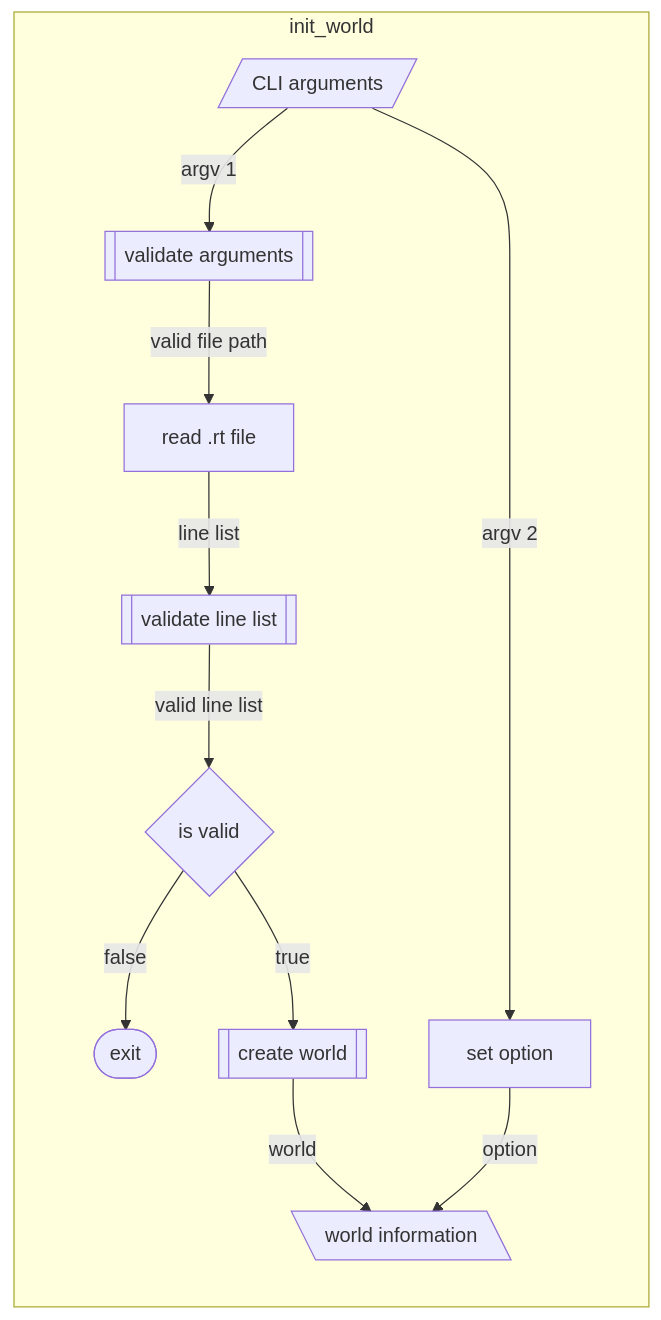
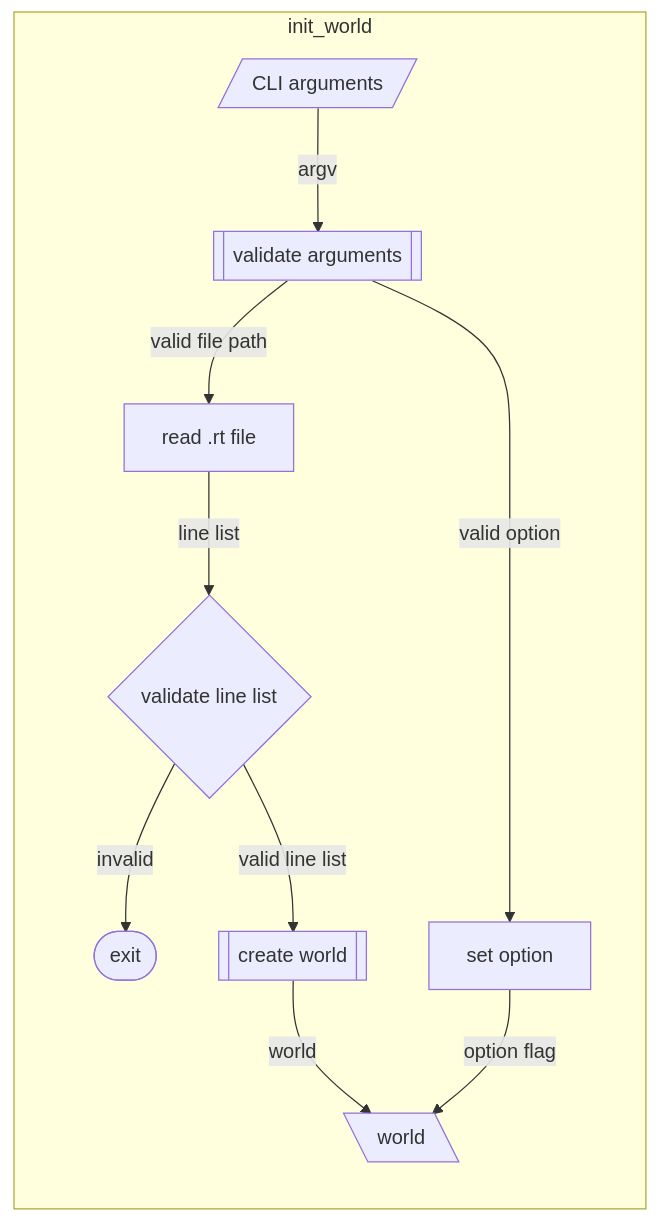
The second of 8 diagrams in docs/SequenceDiagrams.md (ikawamuk/weekends_c), drawn with Mermaid before and after one commit. The commit also changed other lines of this file and 1 other file, not shown here.

Commit message:
update: update flowchart

````diff
--- a/docs/SequenceDiagrams.md
+++ b/docs/SequenceDiagrams.md
@@ -17,15 +19,14 @@
 ```mermaid
 flowchart
 	subgraph	init_world
 		direction TB
-		input[/CLI arguments/]-->|argv 1|sw1
+		input[/CLI arguments/]-->|argv|sw1
 		sw1[[validate arguments]]-->|valid file path|sw2
-		sw2[read .rt file]-->|line list|sw3[[validate line list]]
-		sw3-->|valid line list|if1{is valid}
-		if1-->|false|e([exit])
-		if1-->|true|sw4[[create world]]
-		sw4-->|world|output[\world information\]
-		input-->|argv 2|sw5[set option]
-		sw5-->|option|output
+		sw2[read .rt file]-->|line list|if1{validate line list}
+		if1-->|invalid|e([exit])
+		if1-->|valid line list|sw4[[create world]]
+		sw4-->|world|output[\world\]
+		sw1-->|valid option|sw5[set option]
+		sw5-->|option flag|output
 	end
 ```
````
